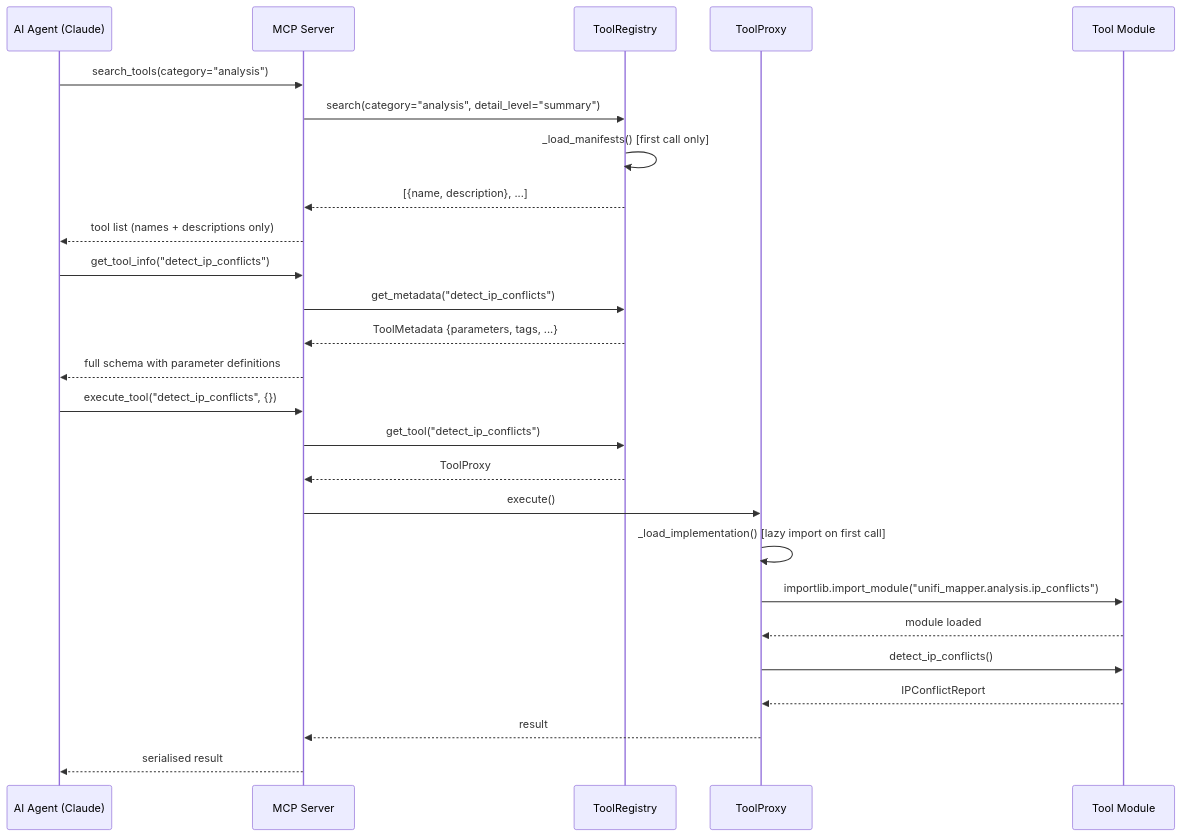
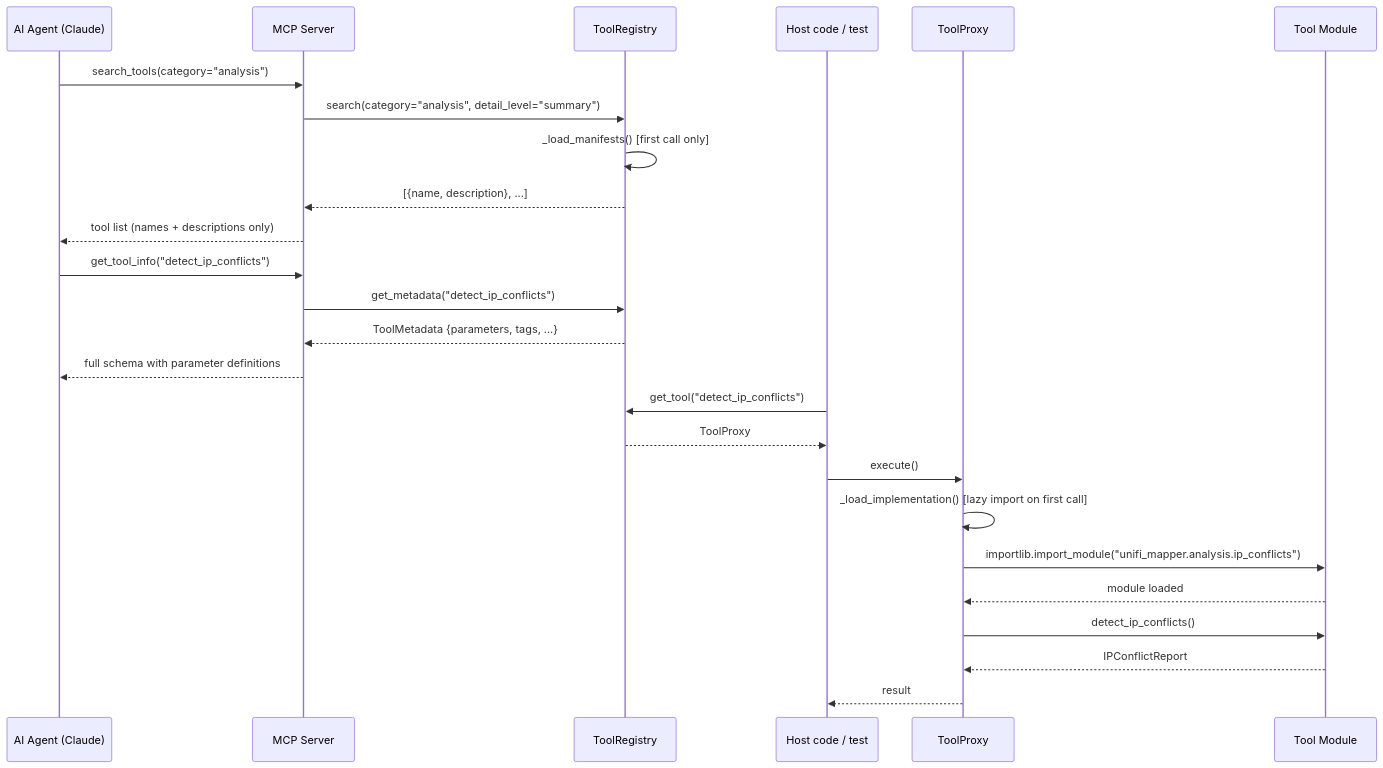
One commit to NetDevAutomate/unifi_management_cli changed diagram 14 of 17 in docs/architecture/architecture-overview.md. Above: the diagram before and after it, drawn with Mermaid. The commit also changed other lines of this file and 14 other files, not shown here.

````diff
--- a/docs/architecture/architecture-overview.md
+++ b/docs/architecture/architecture-overview.md
@@ -901,33 +898,32 @@
 ```mermaid
 sequenceDiagram
     participant AGENT as AI Agent (Claude)
     participant MCP as MCP Server
     participant REG as ToolRegistry
+    participant HOST as Host code / test
     participant PROXY as ToolProxy
     participant TOOL as Tool Module
 
     AGENT->>MCP: search_tools(category="analysis")
     MCP->>REG: search(category="analysis", detail_level="summary")
     REG->>REG: _load_manifests() [first call only]
     REG-->>MCP: [{name, description}, ...]
     MCP-->>AGENT: tool list (names + descriptions only)
 
     AGENT->>MCP: get_tool_info("detect_ip_conflicts")
     MCP->>REG: get_metadata("detect_ip_conflicts")
     REG-->>MCP: ToolMetadata {parameters, tags, ...}
     MCP-->>AGENT: full schema with parameter definitions
 
-    AGENT->>MCP: execute_tool("detect_ip_conflicts", {})
-    MCP->>REG: get_tool("detect_ip_conflicts")
-    REG-->>MCP: ToolProxy
+    HOST->>REG: get_tool("detect_ip_conflicts")
+    REG-->>HOST: ToolProxy
 
-    MCP->>PROXY: execute()
+    HOST->>PROXY: execute()
     PROXY->>PROXY: _load_implementation() [lazy import on first call]
     PROXY->>TOOL: importlib.import_module("unifi_mapper.analysis.ip_conflicts")
     TOOL-->>PROXY: module loaded
 
     PROXY->>TOOL: detect_ip_conflicts()
     TOOL-->>PROXY: IPConflictReport
-    PROXY-->>MCP: result
-    MCP-->>AGENT: serialised result
+    PROXY-->>HOST: result
 ```
````
